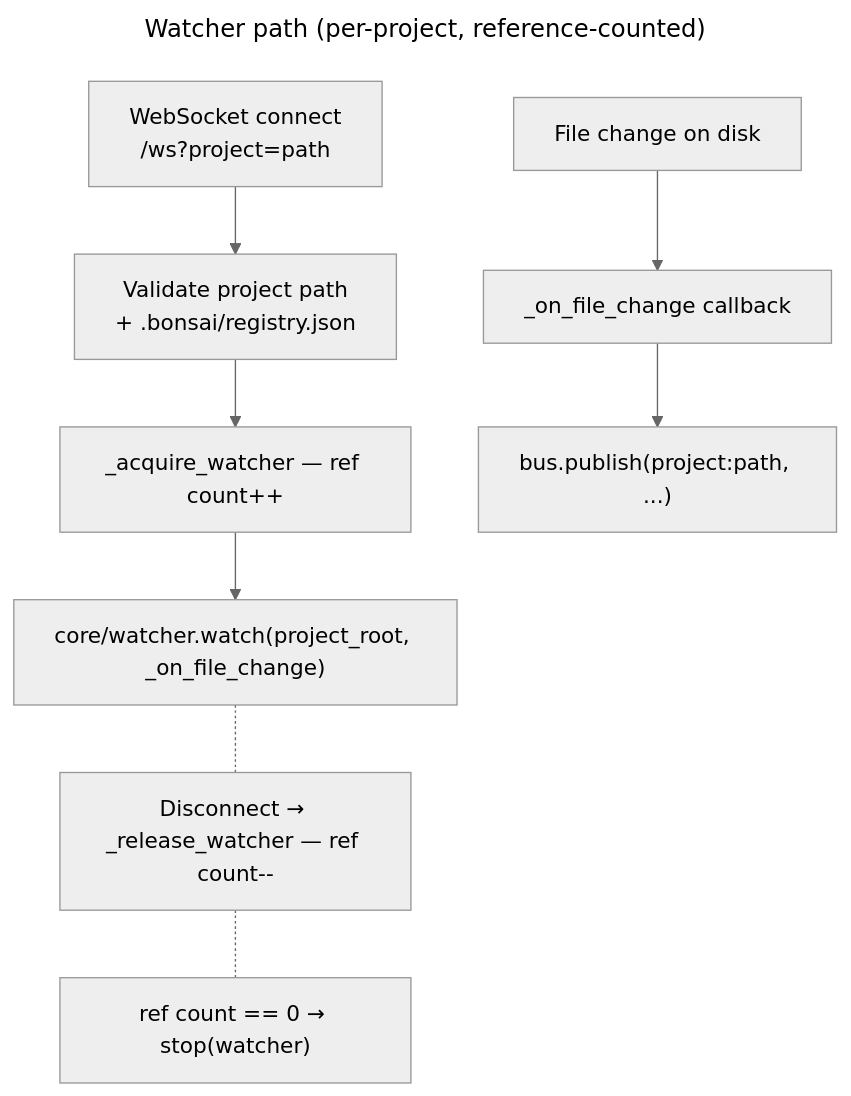
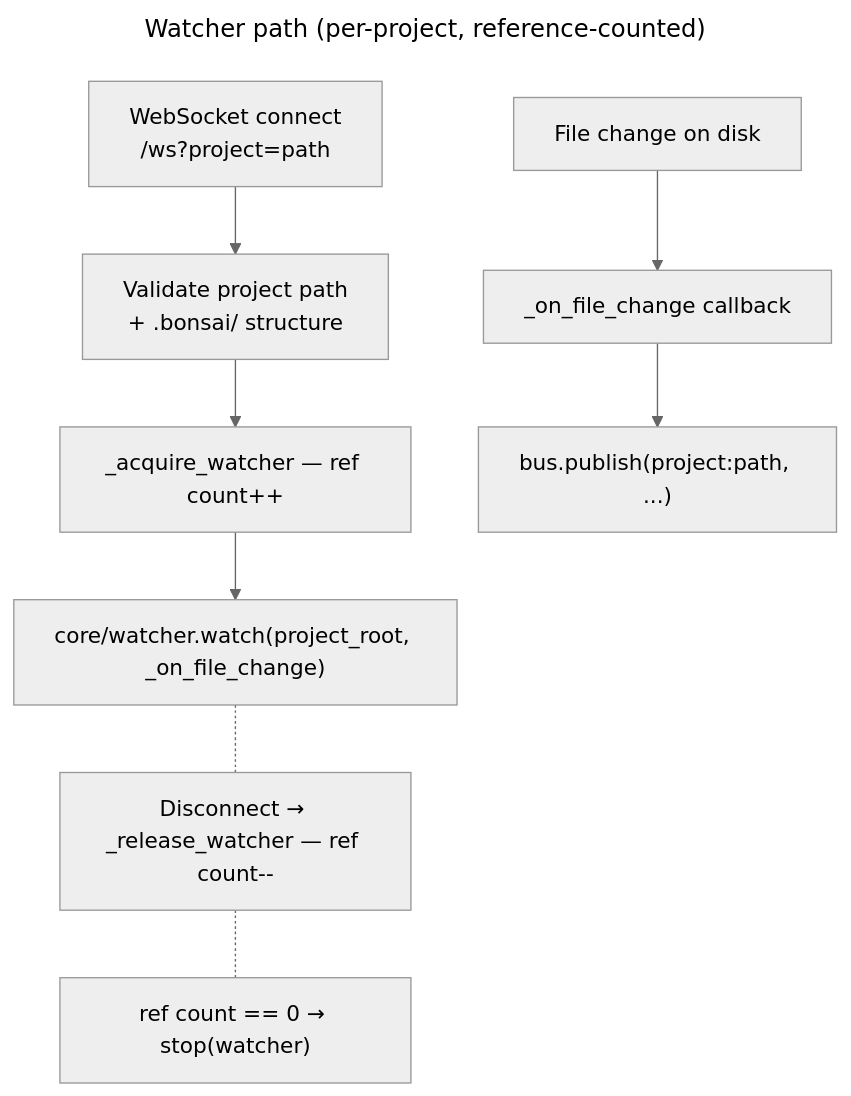
The second of 3 diagrams in backend/app/rpc/README.md (JetBrains/thinkrail), drawn with Mermaid (neutral theme) before and after one commit. The commit also changed other lines of this file and 188 other files, not shown here.

````diff
--- a/backend/app/rpc/README.md
+++ b/backend/app/rpc/README.md
@@ -246,20 +264,20 @@
 ```mermaid
 ---
 title: "Watcher path (per-project, reference-counted)"
 ---
 graph TD
     Connect["WebSocket connect<br/>/ws?project=path"]
-    Validate["Validate project path<br/>+ .bonsai/registry.json"]
+    Validate["Validate project path<br/>+ .bonsai/ structure"]
     Acquire["_acquire_watcher — ref count++"]
     Watch["core/watcher.watch(project_root, _on_file_change)"]
     Change["File change on disk"]
     Callback["_on_file_change callback"]
     BusPub["bus.publish(project:path, ...)"]
     Release["Disconnect → _release_watcher — ref count--"]
     Stop["ref count == 0 → stop(watcher)"]
 
     Connect --> Validate --> Acquire --> Watch
     Change --> Callback --> BusPub
     Watch -.- Release
     Release -.- Stop
 ```
````
